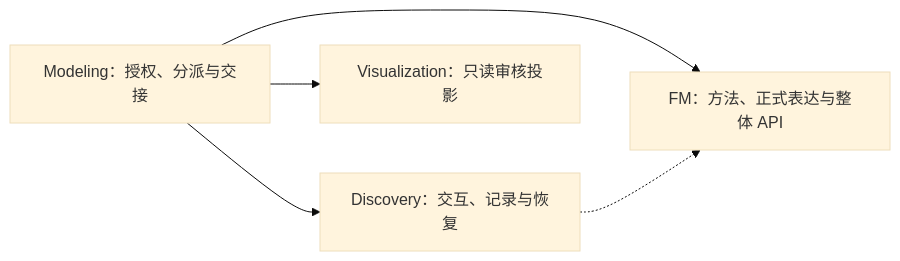
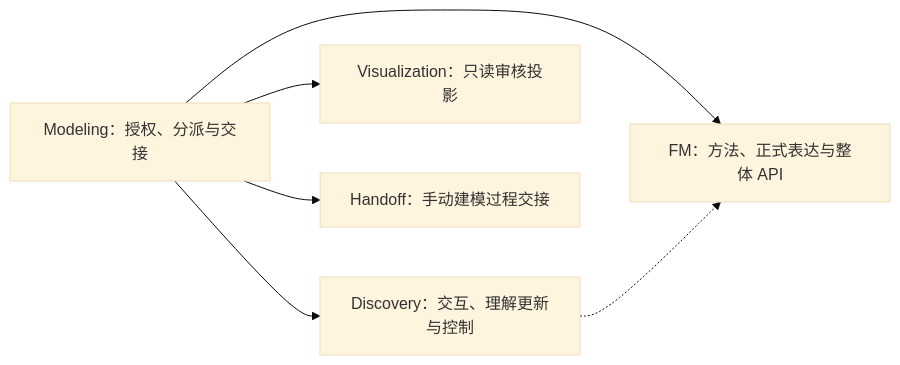
Before and after one commit to JayClock/Evidence-Framework: the first of 2 diagrams in .agents/skills/evidence-modeling/references/workflow.md, drawn with Mermaid (base theme). The commit also changed other lines of this file and 56 other files, not shown here.

First line of the commit message:
refactor(modeling): replace discovery records with manual handoffs

````diff
--- a/.agents/skills/evidence-modeling/references/workflow.md
+++ b/.agents/skills/evidence-modeling/references/workflow.md
@@ -9,11 +9,13 @@
 ```mermaid
 flowchart LR
     modeling[Modeling：授权、分派与交接]
-    discovery[Discovery：交互、记录与恢复]
+    discovery[Discovery：交互、理解更新与控制]
     fm[FM：方法、正式表达与整体 API]
     visual[Visualization：只读审核投影]
+    manual[Handoff：手动建模过程交接]
+    modeling --> manual
     modeling --> discovery
     modeling --> fm
     modeling --> visual
     discovery -.-> fm
 ```
````
